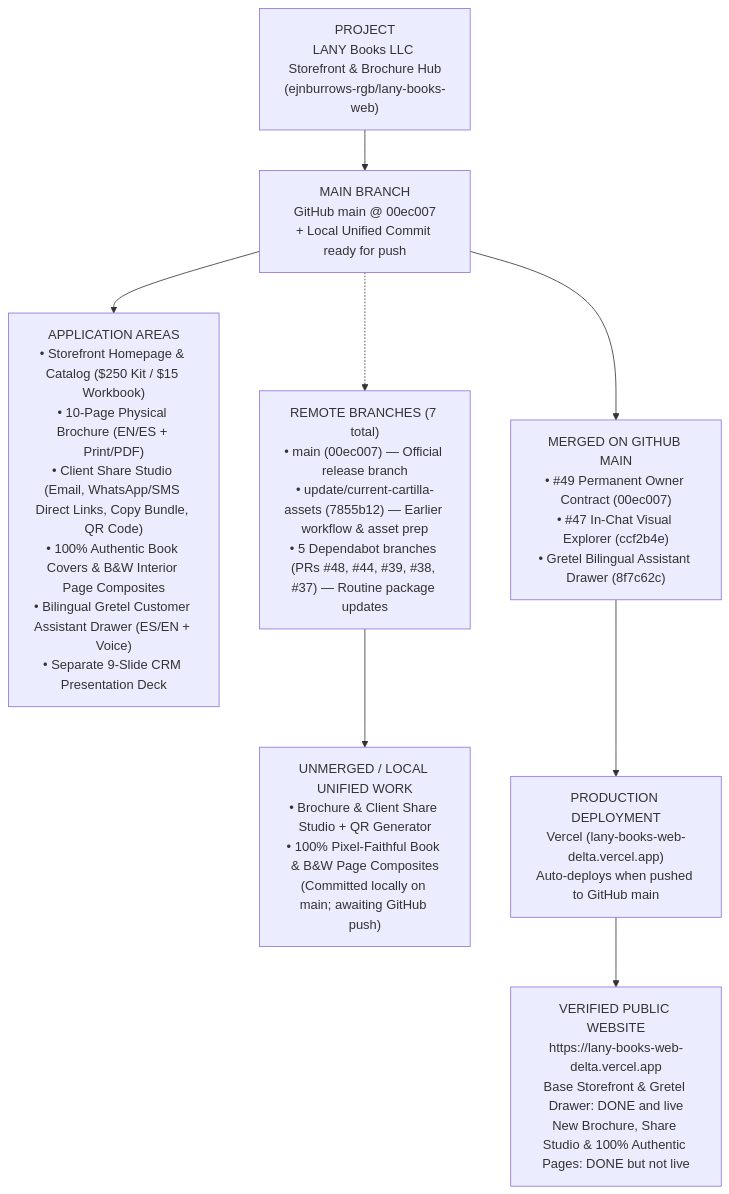
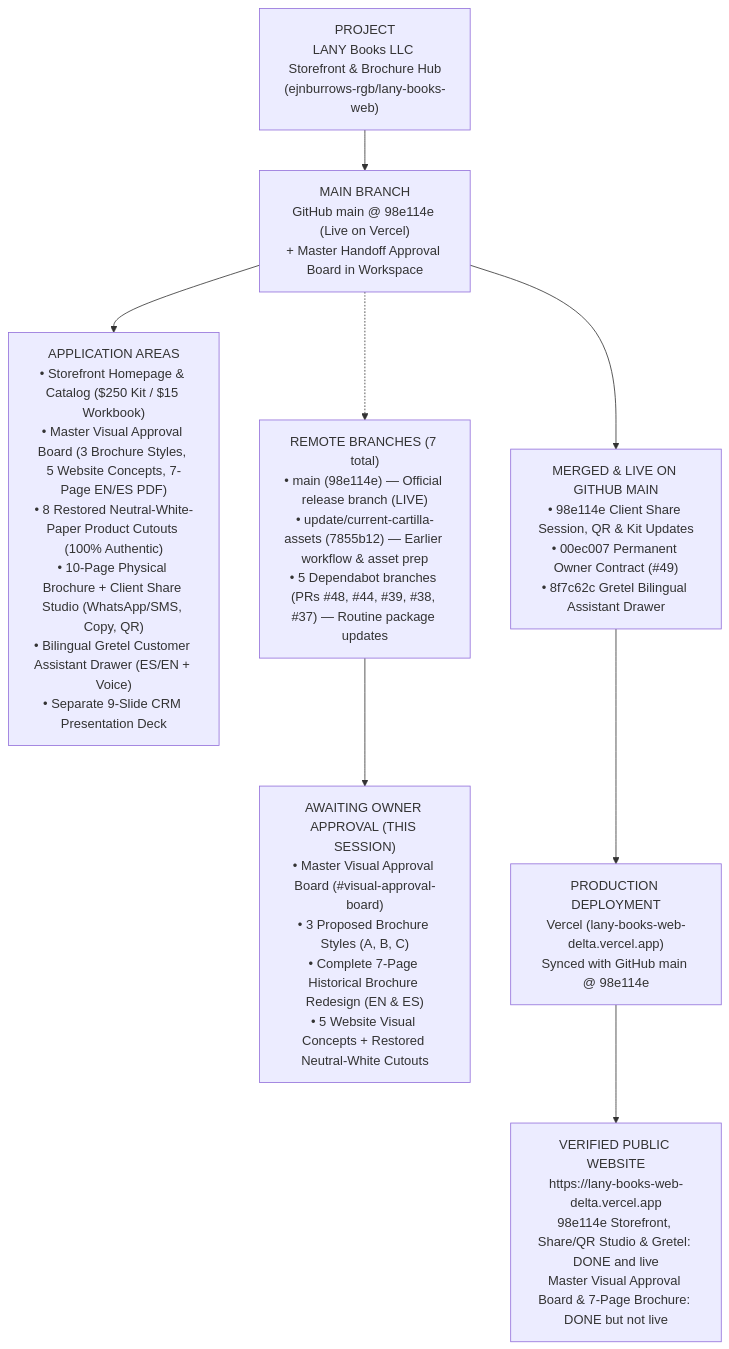
One commit to ejnburrows-rgb/lany-books-web changed the first of 2 diagrams in docs/OWNER-VISUAL-STATUS.md. Above: the diagram before and after it, drawn with Mermaid. The commit also changed other lines of this file and 25 other files, not shown here.

````diff
--- a/docs/OWNER-VISUAL-STATUS.md
+++ b/docs/OWNER-VISUAL-STATUS.md
@@ -16,19 +16,19 @@
 ```mermaid
 flowchart TD
     PROJ["PROJECT<br/>LANY Books LLC Storefront & Brochure Hub<br/>(ejnburrows-rgb/lany-books-web)"]
-    MAIN["MAIN BRANCH<br/>GitHub main @ 00ec007<br/>+ Local Unified Commit ready for push"]
-    AREAS["APPLICATION AREAS<br/>• Storefront Homepage & Catalog ($250 Kit / $15 Workbook)<br/>• 10-Page Physical Brochure (EN/ES + Print/PDF)<br/>• Client Share Studio (Email, WhatsApp/SMS Direct Links, Copy Bundle, QR Code)<br/>• 100% Authentic Book Covers & B&W Interior Page Composites<br/>• Bilingual Gretel Customer Assistant Drawer (ES/EN + Voice)<br/>• Separate 9-Slide CRM Presentation Deck"]
-    BRANCHES["REMOTE BRANCHES (7 total)<br/>• main (00ec007) — Official release branch<br/>• update/current-cartilla-assets (7855b12) — Earlier workflow & asset prep<br/>• 5 Dependabot branches (PRs #48, #44, #39, #38, #37) — Routine package updates"]
-    UNMERGED["UNMERGED / LOCAL UNIFIED WORK<br/>• Brochure & Client Share Studio + QR Generator<br/>• 100% Pixel-Faithful Book & B&W Page Composites<br/>(Committed locally on main; awaiting GitHub push)"]
-    MERGED["MERGED ON GITHUB MAIN<br/>• #49 Permanent Owner Contract (00ec007)<br/>• #47 In-Chat Visual Explorer (ccf2b4e)<br/>• Gretel Bilingual Assistant Drawer (8f7c62c)"]
-    VERCEL["PRODUCTION DEPLOYMENT<br/>Vercel (lany-books-web-delta.vercel.app)<br/>Auto-deploys when pushed to GitHub main"]
-    LIVE["VERIFIED PUBLIC WEBSITE<br/>https://lany-books-web-delta.vercel.app<br/>Base Storefront & Gretel Drawer: DONE and live<br/>New Brochure, Share Studio & 100% Authentic Pages: DONE but not live"]
+    MAIN["MAIN BRANCH<br/>GitHub main @ 98e114e (Live on Vercel)<br/>+ Master Handoff Approval Board in Workspace"]
+    AREAS["APPLICATION AREAS<br/>• Storefront Homepage & Catalog ($250 Kit / $15 Workbook)<br/>• Master Visual Approval Board (3 Brochure Styles, 5 Website Concepts, 7-Page EN/ES PDF)<br/>• 8 Restored Neutral-White-Paper Product Cutouts (100% Authentic)<br/>• 10-Page Physical Brochure + Client Share Studio (WhatsApp/SMS, Copy, QR)<br/>• Bilingual Gretel Customer Assistant Drawer (ES/EN + Voice)<br/>• Separate 9-Slide CRM Presentation Deck"]
+    BRANCHES["REMOTE BRANCHES (7 total)<br/>• main (98e114e) — Official release branch (LIVE)<br/>• update/current-cartilla-assets (7855b12) — Earlier workflow & asset prep<br/>• 5 Dependabot branches (PRs #48, #44, #39, #38, #37) — Routine package updates"]
+    UNMERGED["AWAITING OWNER APPROVAL (THIS SESSION)<br/>• Master Visual Approval Board (#visual-approval-board)<br/>• 3 Proposed Brochure Styles (A, B, C)<br/>• Complete 7-Page Historical Brochure Redesign (EN & ES)<br/>• 5 Website Visual Concepts + Restored Neutral-White Cutouts"]
+    MERGED["MERGED & LIVE ON GITHUB MAIN<br/>• 98e114e Client Share Session, QR & Kit Updates<br/>• 00ec007 Permanent Owner Contract (#49)<br/>• 8f7c62c Gretel Bilingual Assistant Drawer"]
+    VERCEL["PRODUCTION DEPLOYMENT<br/>Vercel (lany-books-web-delta.vercel.app)<br/>Synced with GitHub main @ 98e114e"]
+    LIVE["VERIFIED PUBLIC WEBSITE<br/>https://lany-books-web-delta.vercel.app<br/>98e114e Storefront, Share/QR Studio & Gretel: DONE and live<br/>Master Visual Approval Board & 7-Page Brochure: DONE but not live"]
 
     PROJ --> MAIN
     MAIN --> AREAS
     MAIN -.-> BRANCHES
     BRANCHES --> UNMERGED
     MAIN --> MERGED
     MERGED --> VERCEL
     VERCEL --> LIVE
 ```
````
